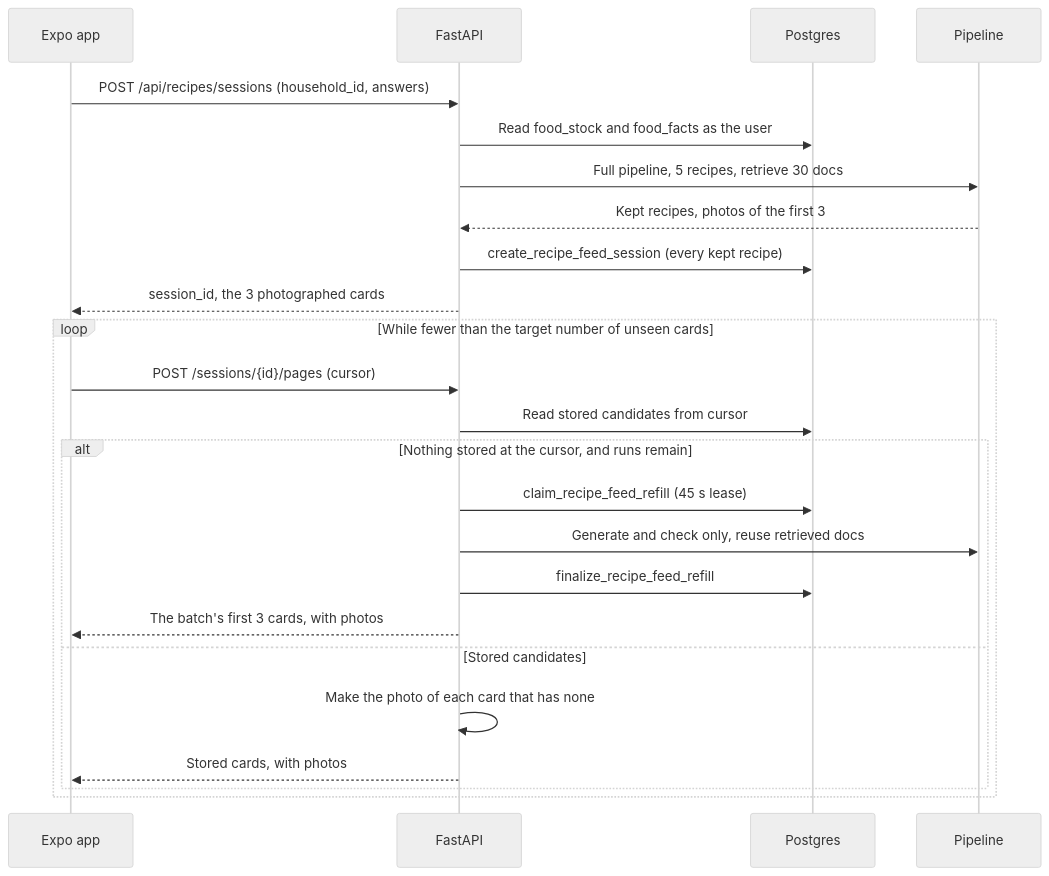
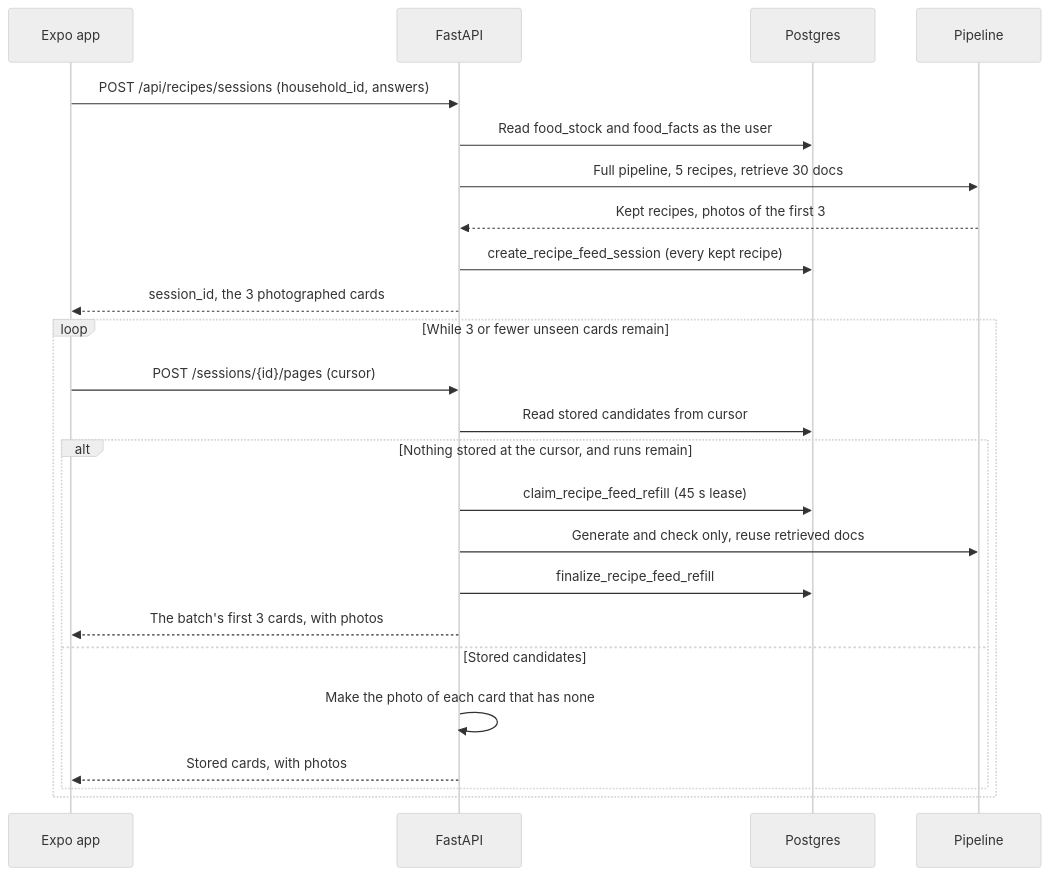
The fourth of 5 diagrams in docs/architecture.md (brandon-sanchez/FreshPlate), drawn with Mermaid (neutral theme) before and after one commit. The commit also changed other lines of this file and 2 other files, not shown here.

Commit message:
perf(mobile): buy the next feed page only when the cook nears the end
A new feed kept 10 unseen cards loaded, so one Generate tap fired two
more paid batches before anyone scrolled, about $0.45 in all. The hook
now asks for the next page once fewer than four unseen cards remain, and
until the cook first scrolls, steers or dismisses, the card on screen
still counts as unseen. A first batch of four or five cards then buys
nothing more until the first swipe, which leaves four cards to browse
while the next batch arrives.

Closes #217

````diff
--- a/docs/architecture.md
+++ b/docs/architecture.md
@@ -133,28 +133,28 @@
 ```mermaid
 sequenceDiagram
 	participant App as Expo app
 	participant API as FastAPI
 	participant DB as Postgres
 	participant G as Pipeline
 
 	App->>API: POST /api/recipes/sessions (household_id, answers)
 	API->>DB: Read food_stock and food_facts as the user
 	API->>G: Full pipeline, 5 recipes, retrieve 30 docs
 	G-->>API: Kept recipes, photos of the first 3
 	API->>DB: create_recipe_feed_session (every kept recipe)
 	API-->>App: session_id, the 3 photographed cards
 
-	loop While fewer than the target number of unseen cards
+	loop While 3 or fewer unseen cards remain
 		App->>API: POST /sessions/{id}/pages (cursor)
 		API->>DB: Read stored candidates from cursor
 		alt Nothing stored at the cursor, and runs remain
 			API->>DB: claim_recipe_feed_refill (45 s lease)
 			API->>G: Generate and check only, reuse retrieved docs
 			API->>DB: finalize_recipe_feed_refill
 			API-->>App: The batch's first 3 cards, with photos
 		else Stored candidates
 			API->>API: Make the photo of each card that has none
 			API-->>App: Stored cards, with photos
 		end
 	end
 ```
````
